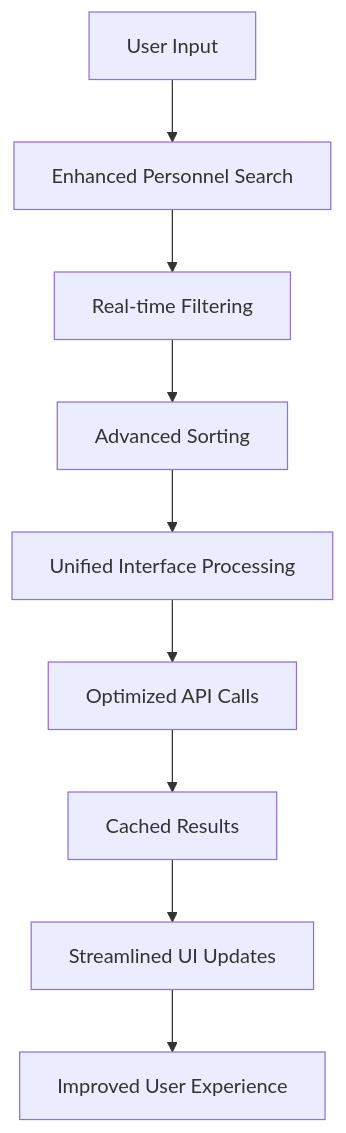
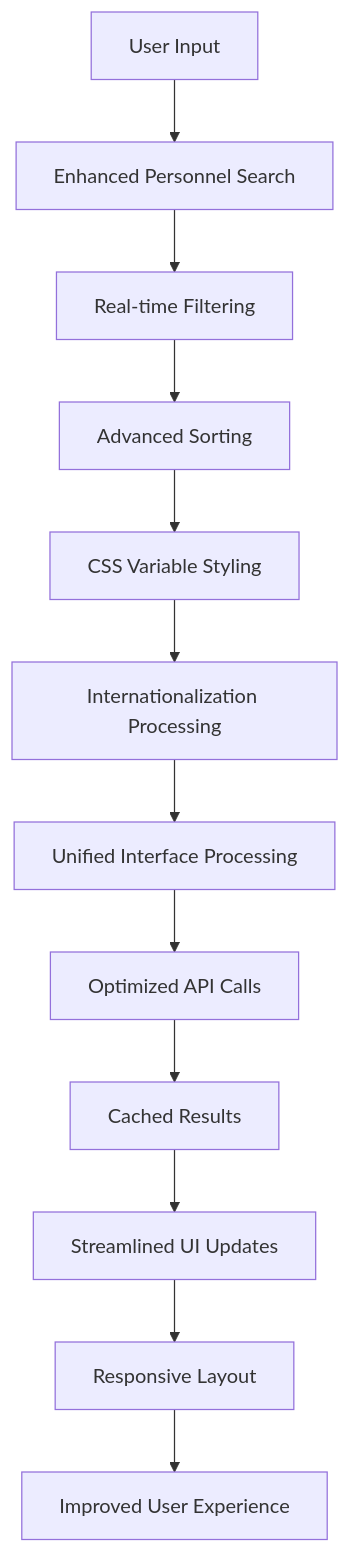
One commit to franckylab/eLISAschool changed the eighth of 9 diagrams in .qoder/repowiki/en/content/Human Resources Management/Personnel Administration/Organizational Structure.md. Above: the diagram before and after it, drawn with Mermaid. The commit also changed other lines of this file and 455 other files, not shown here.

````diff
--- a/.qoder/repowiki/en/content/Human Resources Management/Personnel Administration/Organizational Structure.md
+++ b/.qoder/repowiki/en/content/Human Resources Management/Personnel Administration/Organizational Structure.md
@@ -380,11 +417,14 @@
 ```mermaid
 flowchart TD
 A["User Input"] --> B["Enhanced Personnel Search"]
 B --> C["Real-time Filtering"]
 C --> D["Advanced Sorting"]
-D --> E["Unified Interface Processing"]
-E --> F["Optimized API Calls"]
-F --> G["Cached Results"]
-G --> H["Streamlined UI Updates"]
-H --> I["Improved User Experience"]
+D --> E["CSS Variable Styling"]
+E --> F["Internationalization Processing"]
+F --> G["Unified Interface Processing"]
+G --> H["Optimized API Calls"]
+H --> I["Cached Results"]
+I --> J["Streamlined UI Updates"]
+J --> K["Responsive Layout"]
+K --> L["Improved User Experience"]
 ```
````
